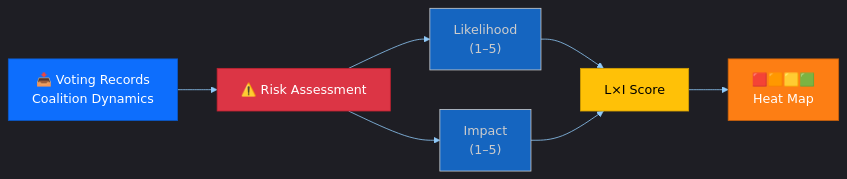
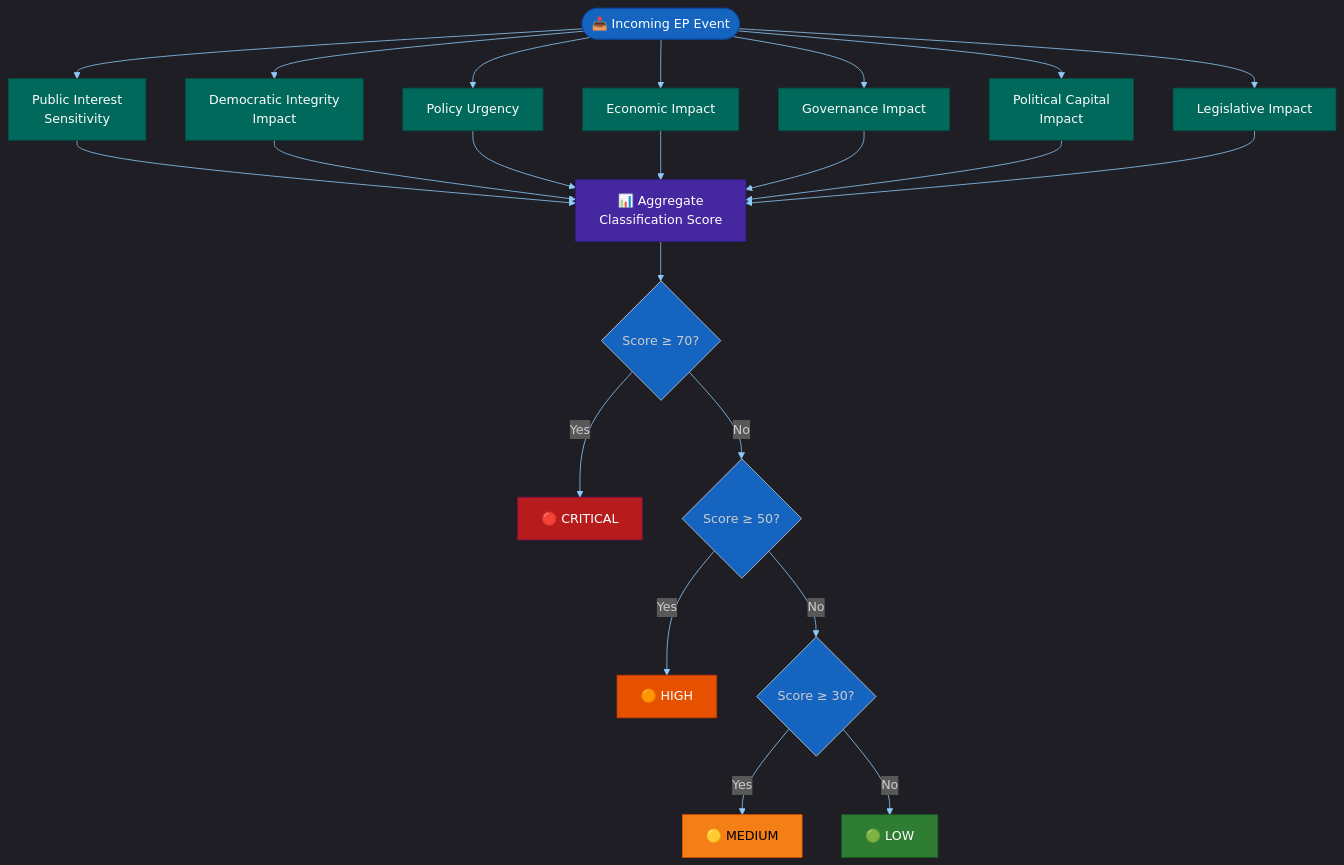
Before and after one commit to Hack23/euparliamentmonitor: the fourth of 12 diagrams in docs/api/media/README-9.md, drawn with Mermaid. The commit also changed other lines of this file and 1239 other files, not shown here.

````diff
--- a/docs/api/media/README-9.md
+++ b/docs/api/media/README-9.md
@@ -384,14 +339,41 @@
 ```mermaid
 %%{init: {"theme":"dark","themeVariables":{"primaryColor":"#1565C0","primaryTextColor":"#ffffff","primaryBorderColor":"#0A3F7F","lineColor":"#90CAF9","secondaryColor":"#2E7D32","secondaryTextColor":"#ffffff","secondaryBorderColor":"#0F3F00","tertiaryColor":"#FF9800","tertiaryTextColor":"#000000","tertiaryBorderColor":"#7F4F00","mainBkg":"#1565C0","secondBkg":"#2E7D32","tertiaryBkg":"#FF9800","noteBkgColor":"#FFC107","noteTextColor":"#000000","noteBorderColor":"#7F6000","errorBkgColor":"#D32F2F","errorTextColor":"#ffffff","fontFamily":"Inter, Helvetica, Arial, sans-serif","pie1":"#1565C0","pie2":"#2E7D32","pie3":"#FF9800","pie4":"#D32F2F","pie5":"#FFC107","pie6":"#7B1FA2","pie7":"#9E9E9E","pie8":"#0288D1","pie9":"#388E3C","pie10":"#F57C00","pie11":"#C62828","pie12":"#FBC02D","pieTitleTextSize":"18px","pieSectionTextSize":"14px","pieLegendTextSize":"13px","pieStrokeColor":"#1e1e1e","pieOuterStrokeColor":"#1e1e1e","git0":"#1565C0","git1":"#2E7D32","git2":"#FF9800","git3":"#D32F2F","gitBranchLabel0":"#ffffff","gitBranchLabel1":"#ffffff","gitBranchLabel2":"#000000","gitBranchLabel3":"#ffffff","cScale0":"#1565C0","cScale1":"#2E7D32","cScale2":"#FF9800","cScale3":"#D32F2F","cScale4":"#FFC107","cScale5":"#7B1FA2","cScale6":"#9E9E9E","cScale7":"#0288D1","xyChart":{"backgroundColor":"#1e1e1e","plotColorPalette":"#1565C0,#2E7D32,#FF9800,#D32F2F,#FFC107,#7B1FA2,#9E9E9E"}}}}%%
-flowchart LR
-    DATA["📥 Voting Records<br/>Coalition Dynamics"] --> RISK["⚠️ Risk Assessment"]
-    RISK --> L["Likelihood<br/>(1–5)"]
-    RISK --> I["Impact<br/>(1–5)"]
-    L & I --> SCORE["L×I Score"]
-    SCORE --> HEAT["🟥🟧🟨🟩<br/>Heat Map"]
+graph TD
+    Event([📥 Incoming EP Event]) --> S1[Public Interest<br/>Sensitivity]
+    Event --> S2[Democratic Integrity<br/>Impact]
+    Event --> S3[Policy Urgency]
+    Event --> S4[Economic Impact]
+    Event --> S5[Governance Impact]
+    Event --> S6[Political Capital<br/>Impact]
+    Event --> S7[Legislative Impact]
 
-    style DATA fill:#0d6efd,color:#fff,stroke:#0a58ca
-    style RISK fill:#dc3545,color:#fff,stroke:#bd2130
-    style SCORE fill:#ffc107,color:#000,stroke:#d39e00
-    style HEAT fill:#fd7e14,color:#fff,stroke:#c96009
+    S1 --> Score[📊 Aggregate<br/>Classification Score]
+    S2 --> Score
+    S3 --> Score
+    S4 --> Score
+    S5 --> Score
+    S6 --> Score
+    S7 --> Score
+
+    Score --> T1{Score ≥ 70?}
+    T1 -->|Yes| CRIT[🔴 CRITICAL]
+    T1 -->|No| T2{Score ≥ 50?}
+    T2 -->|Yes| HIGH[🟠 HIGH]
+    T2 -->|No| T3{Score ≥ 30?}
+    T3 -->|Yes| MED[🟡 MEDIUM]
+    T3 -->|No| LOW[🟢 LOW]
+
+    style Event fill:#1565C0,stroke:#0D47A1,color:#FFFFFF
+    style Score fill:#4527A0,stroke:#311B92,color:#FFFFFF
+    style CRIT fill:#B71C1C,stroke:#880E4F,color:#FFFFFF
+    style HIGH fill:#E65100,stroke:#BF360C,color:#FFFFFF
+    style MED fill:#F57F17,stroke:#E65100,color:#000000
+    style LOW fill:#2E7D32,stroke:#1B5E20,color:#FFFFFF
+    style S1 fill:#00695C,stroke:#004D40,color:#FFFFFF
+    style S2 fill:#00695C,stroke:#004D40,color:#FFFFFF
+    style S3 fill:#00695C,stroke:#004D40,color:#FFFFFF
+    style S4 fill:#00695C,stroke:#004D40,color:#FFFFFF
+    style S5 fill:#00695C,stroke:#004D40,color:#FFFFFF
+    style S6 fill:#00695C,stroke:#004D40,color:#FFFFFF
+    style S7 fill:#00695C,stroke:#004D40,color:#FFFFFF
 ```
````
